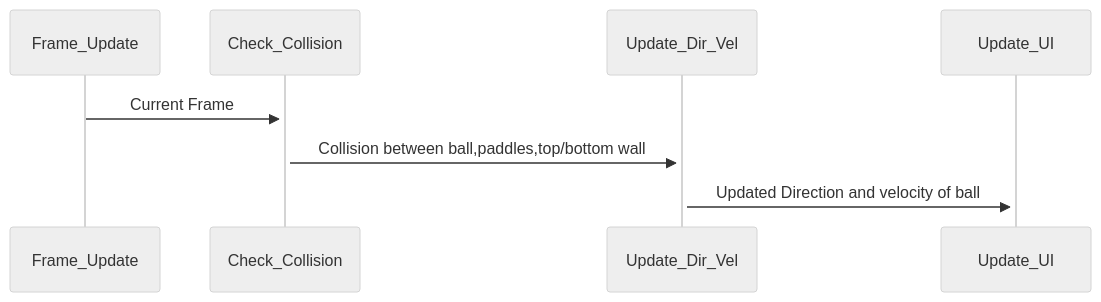
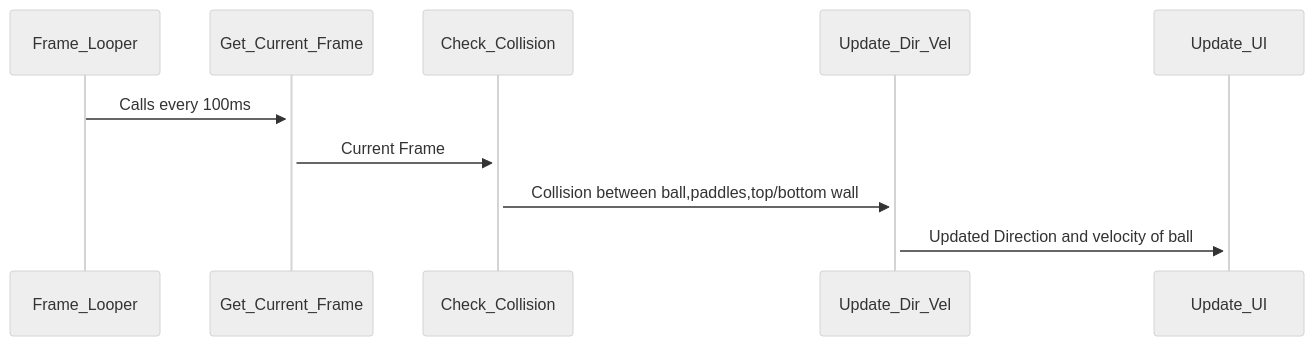
One commit to Engin-Boot/pong-stage-Azimcharoliya changed the third of 6 diagrams in Stage0/sequence-start.md. Above: the diagram before and after it, drawn with Mermaid (neutral theme). The commit also changed other lines of this file, not shown here.

Commit message:
Updated Diagrams

````diff
--- a/Stage0/sequence-start.md
+++ b/Stage0/sequence-start.md
@@ -37,6 +27,7 @@
 ```mermaid
 sequenceDiagram
-  Frame_Update->>+Check_Collision: Current Frame
+  Frame_Looper->>+Get_Current_Frame: Calls every 100ms
+  Get_Current_Frame->>+Check_Collision: Current Frame
   Check_Collision->>+Update_Dir_Vel: Collision between ball,paddles,top/bottom wall
   Update_Dir_Vel->>+Update_UI: Updated Direction and velocity of ball
 ```
````
